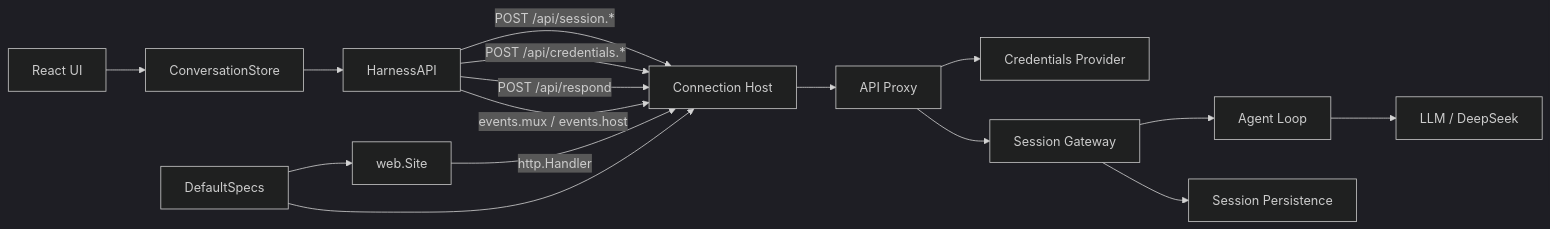
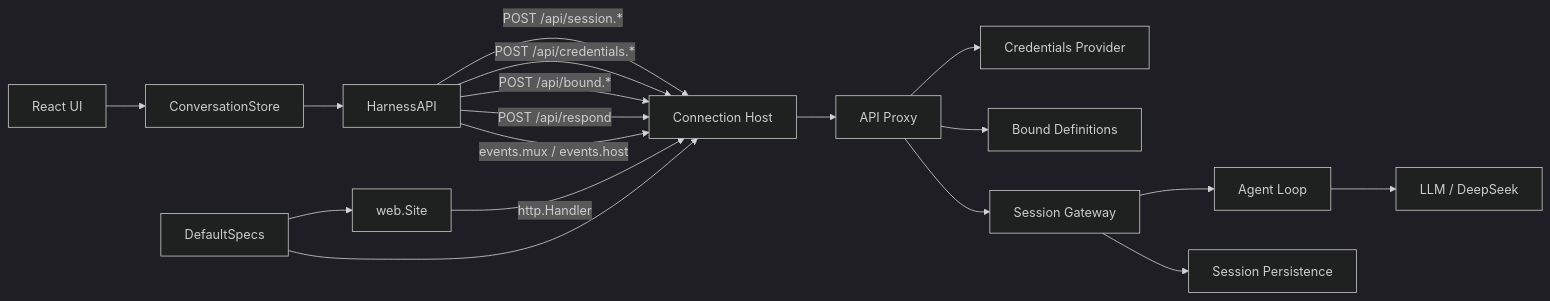
Before and after one commit to gorenx/goren: the first of 3 diagrams in web/README.zh-CN.md, drawn with Mermaid (dark theme). The commit also changed other lines of this file and 16 other files, not shown here.

````diff
--- a/web/README.zh-CN.md
+++ b/web/README.zh-CN.md
@@ -30,19 +31,21 @@
 ```mermaid
 flowchart LR
     Browser[React UI] --> LiveStore[ConversationStore]
     LiveStore --> Client[HarnessAPI]
     Client -->|POST /api/session.*| Host[Connection Host]
     Client -->|POST /api/credentials.*| Host
+    Client -->|POST /api/bound.*| Host
     Client -->|POST /api/respond| Host
     Client -->|events.mux / events.host| Host
     Host --> Proxy[API Proxy]
     Proxy --> Credentials[Credentials Provider]
+    Proxy --> Definitions[Bound Definitions]
     Proxy --> Session[Session Gateway]
     Session --> Agent[Agent Loop]
     Agent --> LLM[LLM / DeepSeek]
     Session --> Persistence[Session Persistence]
 
     Site[web.Site] -->|http.Handler| Host
     Assembly[DefaultSpecs] --> Site
     Assembly --> Host
 ```
````
